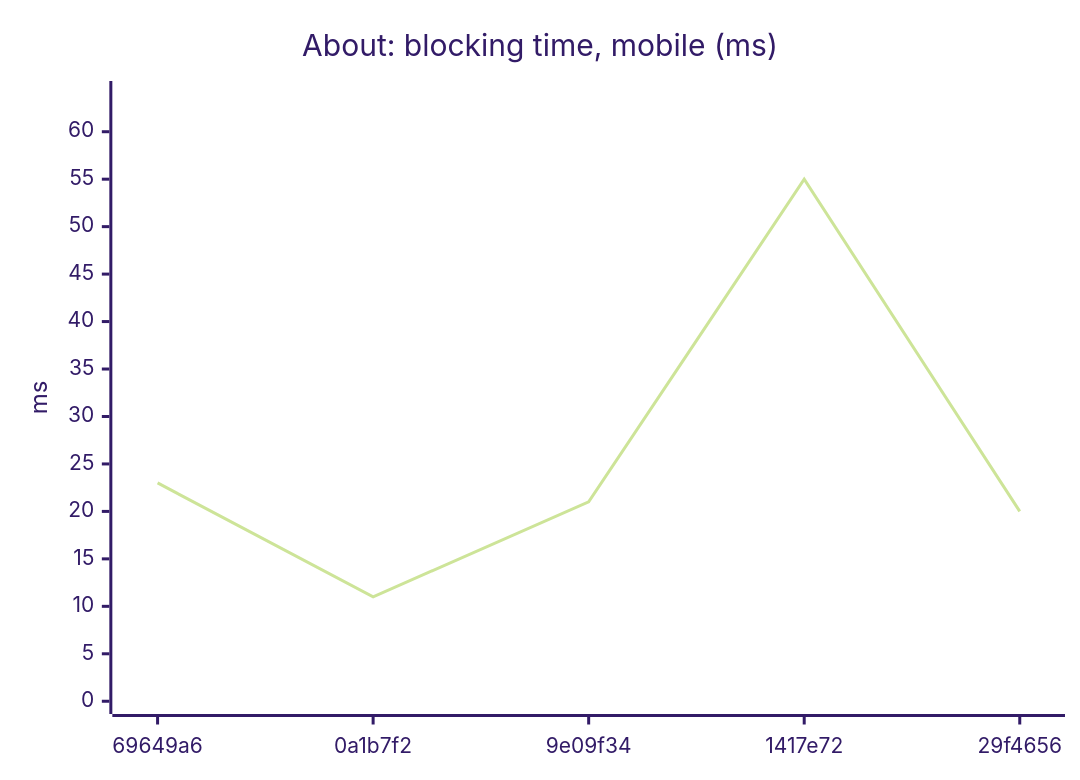
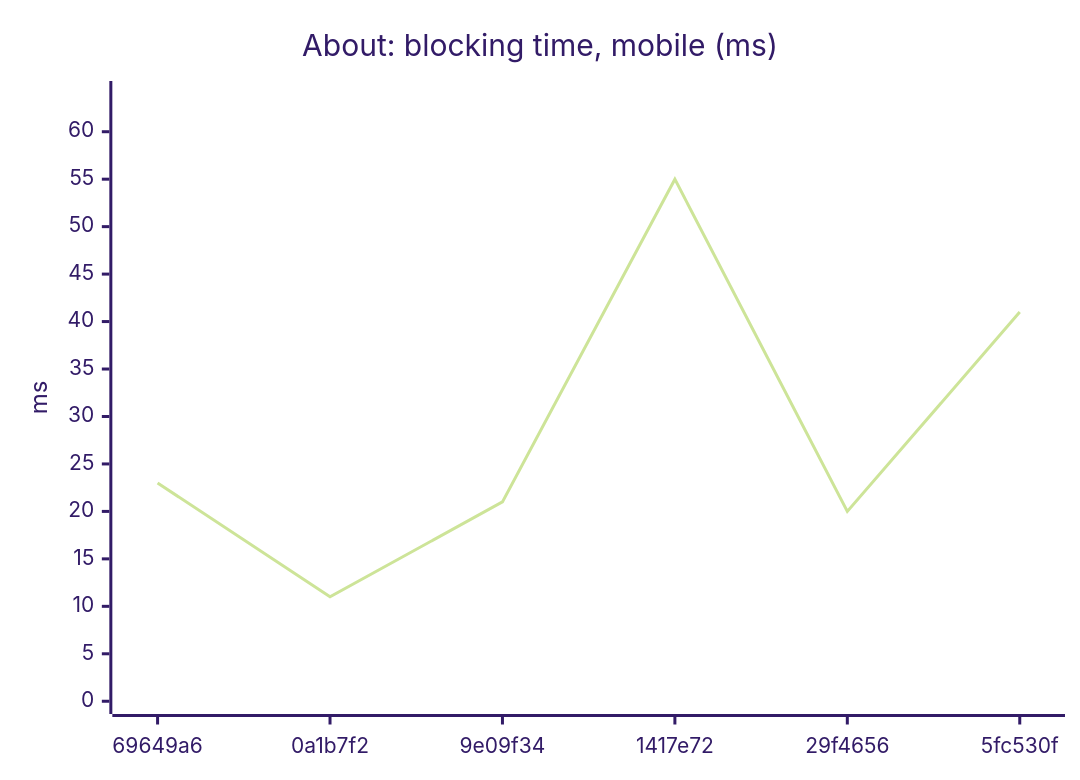
The sixth of 18 diagrams in README.md (AxelUser/maltsev.space), drawn with Mermaid (forest theme) before and after one commit. The commit also changed other lines of this file and 1 other file, not shown here.

````diff
--- a/README.md
+++ b/README.md
@@ -79,7 +79,7 @@
 ```mermaid
 xychart-beta
   title "About: blocking time, mobile (ms)"
-  x-axis ["69649a6", "0a1b7f2", "9e09f34", "1417e72", "29f4656"]
+  x-axis ["69649a6", "0a1b7f2", "9e09f34", "1417e72", "29f4656", "5fc530f"]
   y-axis "ms" 0 --> 64
-  line [23, 11, 21, 55, 20]
+  line [23, 11, 21, 55, 20, 41]
 ```
````
